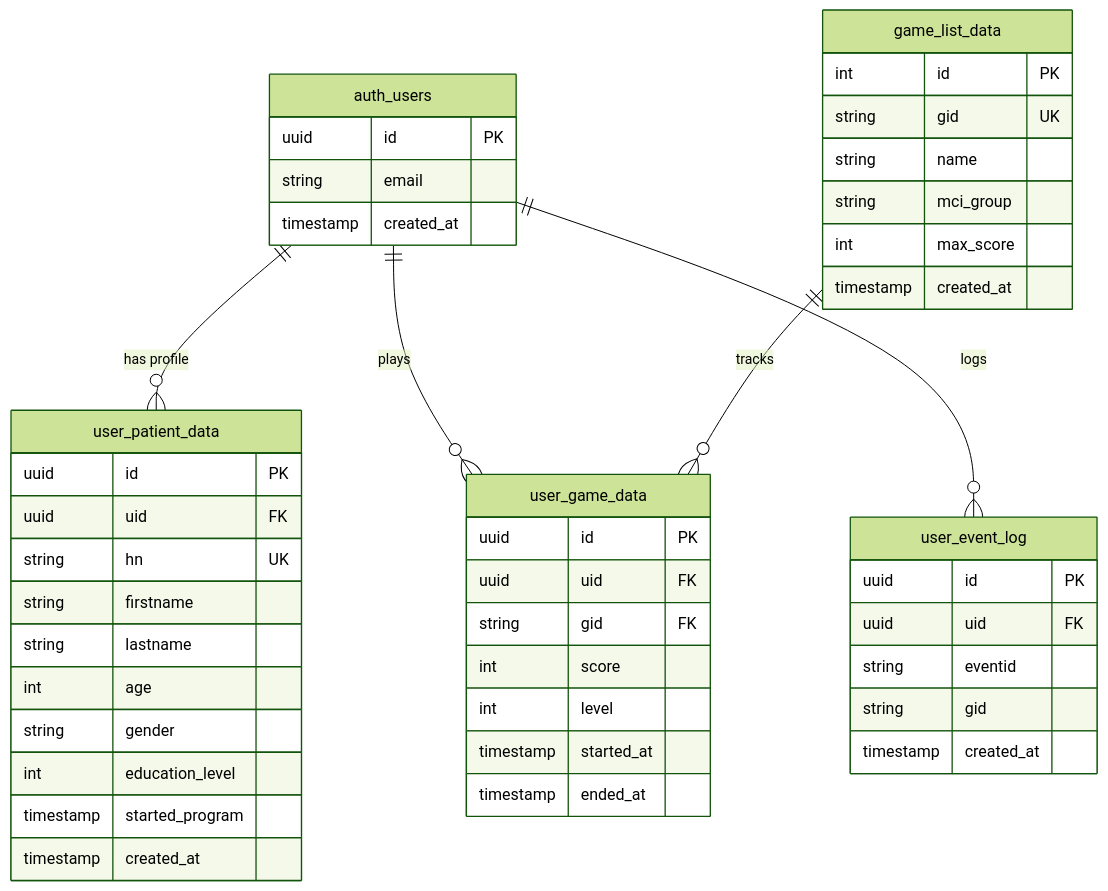
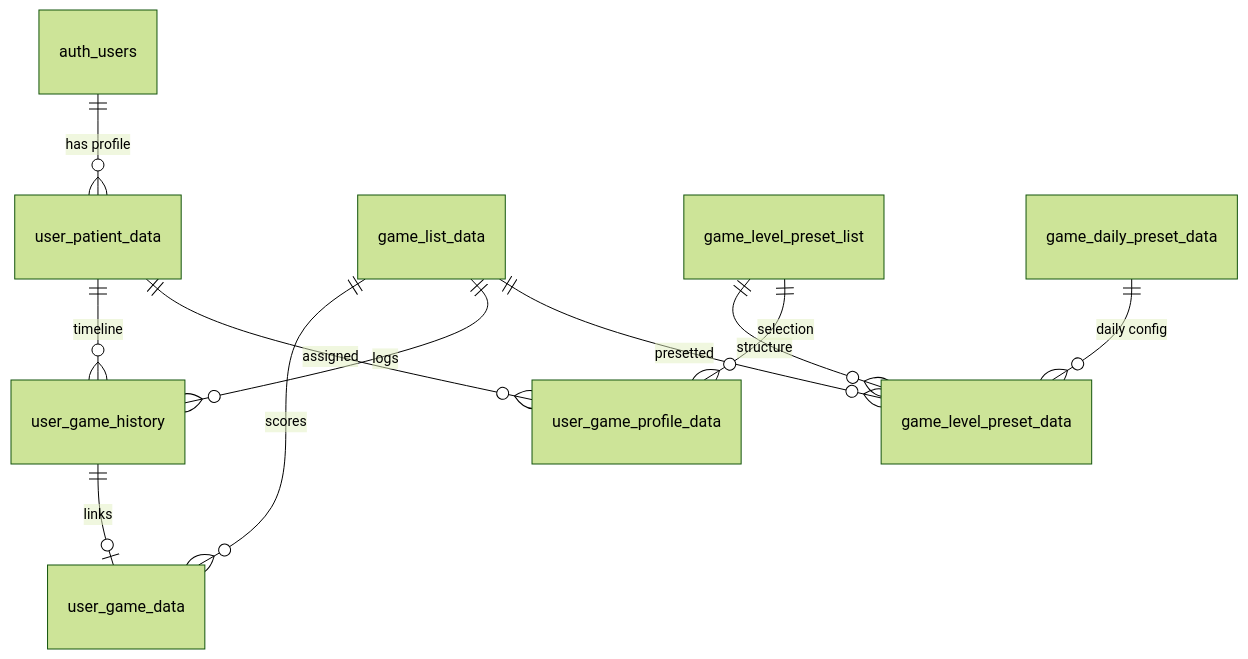
The second of 2 diagrams in docs/software/03-data-schema.md (ChayutChanmueang/mci-cognitive-game-hub-dev-deploy), drawn with Mermaid (forest theme) before and after one commit. The commit also changed other lines of this file and 4 other files, not shown here.

Commit message:
docs: add technical documentation, system design, data schema, and game class diagrams

````diff
--- a/docs/software/03-data-schema.md
+++ b/docs/software/03-data-schema.md
@@ -188,53 +130,17 @@
 ```mermaid
 erDiagram
-    auth_users {
-        uuid id PK
-        string email
-        timestamp created_at
-    }
+    auth_users ||--o{ user_patient_data : "has profile"
+    user_patient_data ||--o{ user_game_history : "timeline"
+    user_patient_data ||--o{ user_game_profile_data : "assigned"
+    
+    game_list_data ||--o{ user_game_data : "scores"
+    game_list_data ||--o{ user_game_history : "logs"
+    game_list_data ||--o{ game_level_preset_data : "presetted"
 
-    user_patient_data {
-        uuid id PK
-        uuid uid FK
-        string hn UK
-        string firstname
-        string lastname
-        int age
-        string gender
-        int education_level
-        timestamp started_program
-        timestamp created_at
-    }
-
-    game_list_data {
-        int id PK
-        string gid UK
-        string name
-        string mci_group
-        int max_score
-        timestamp created_at
-    }
-
-    user_game_data {
-        uuid id PK
-        uuid uid FK
-        string gid FK
-        int score
-        int level
-        timestamp started_at
-        timestamp ended_at
-    }
-
-    user_event_log {
-        uuid id PK
-        uuid uid FK
-        string eventid
-        string gid
-        timestamp created_at
-    }
-
-    auth_users ||--o{ user_patient_data : "has profile"
-    auth_users ||--o{ user_game_data : "plays"
-    auth_users ||--o{ user_event_log : "logs"
-    game_list_data ||--o{ user_game_data : "tracks"
+    user_game_history ||--o| user_game_data : "links"
+    
+    game_level_preset_list ||--o{ game_level_preset_data : "structure"
+    game_level_preset_list ||--o{ user_game_profile_data : "selection"
+    
+    game_daily_preset_data ||--o{ game_level_preset_data : "daily config"
 ```
````
